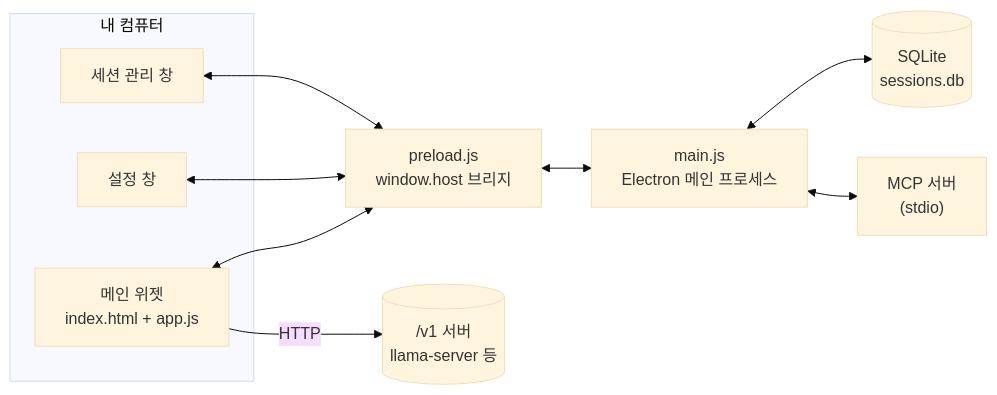
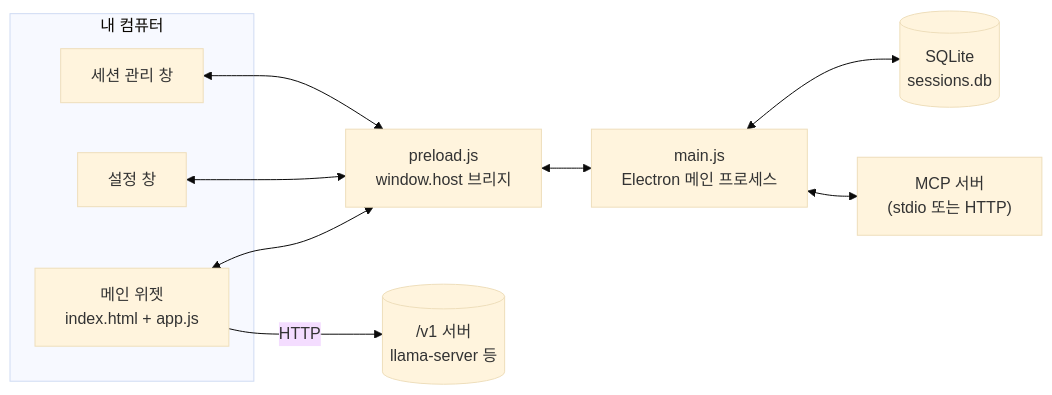
One commit to KyungMinseo1/oh-my-local-assistant changed the diagram in README.ko.md. Above: the diagram before and after it, drawn with Mermaid (base theme). The commit also changed other lines of this file and 6 other files, not shown here.

Commit message:
feat: enhance MCP server configuration to support streamable HTTP and add per-server result limit

````diff
--- a/README.ko.md
+++ b/README.ko.md
@@ -124,22 +124,22 @@
 ```mermaid
 flowchart LR
     subgraph Desktop["내 컴퓨터"]
         Widget["메인 위젯<br/>index.html + app.js"]
         Settings["설정 창"]
         Sessions["세션 관리 창"]
     end
 
     Preload["preload.js<br/>window.host 브리지"]
     Main["main.js<br/>Electron 메인 프로세스"]
     DB[("SQLite<br/>sessions.db")]
-    MCP["MCP 서버<br/>(stdio)"]
+    MCP["MCP 서버<br/>(stdio 또는 HTTP)"]
     LLM[("/v1 서버<br/>llama-server 등")]
 
     Widget <--> Preload
     Settings <--> Preload
     Sessions <--> Preload
     Preload <--> Main
     Main <--> DB
     Main <--> MCP
     Widget -- HTTP --> LLM
 ```
````
